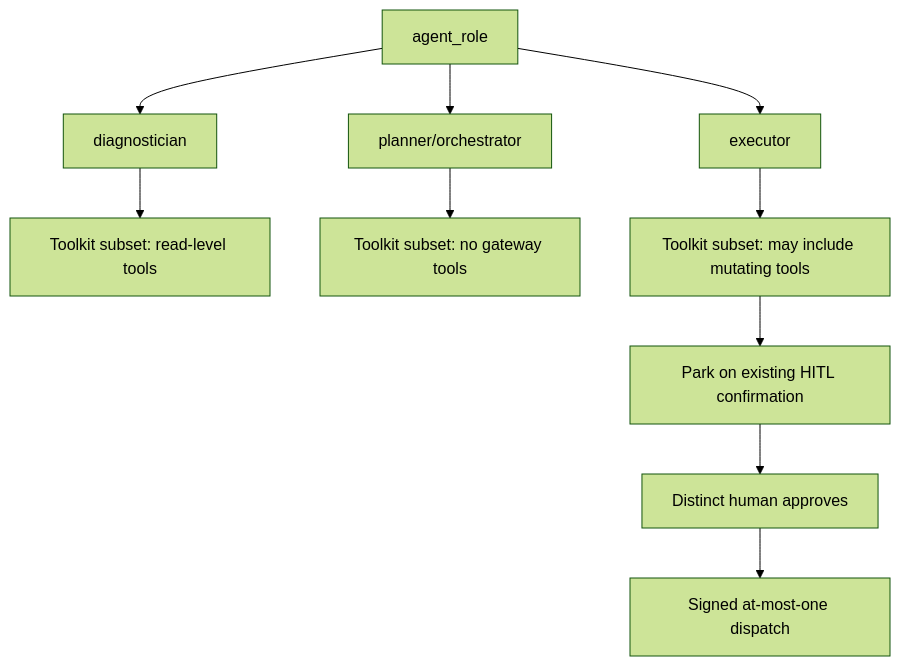
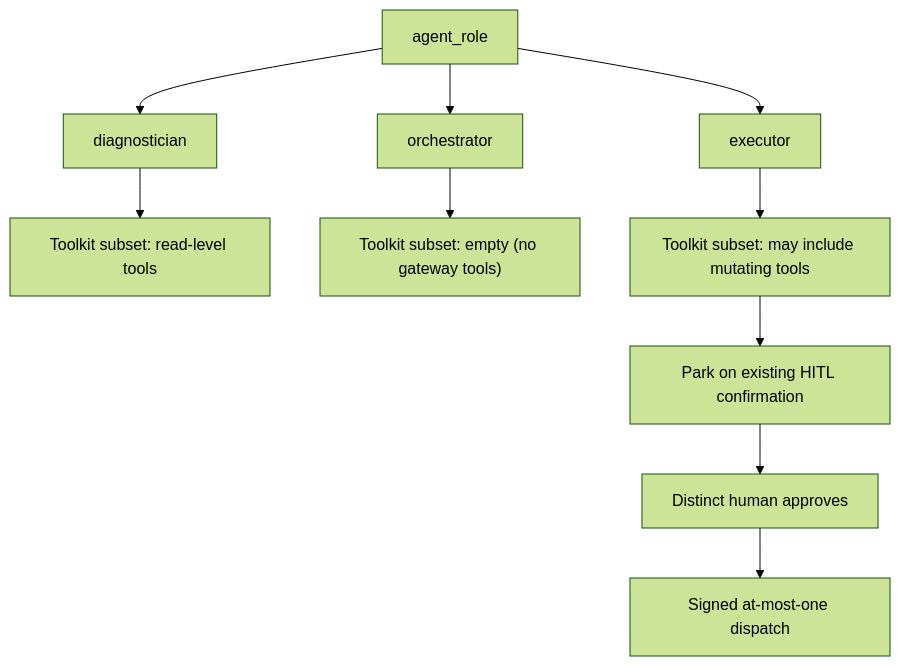
One commit to metasync/luban-aiops changed the sixth of 7 diagrams in .qoder/repowiki/en/content/Shared Contracts/SPEC-073_ Role-Scoped Agent Identity and Authority.md. Above: the diagram before and after it, drawn with Mermaid (forest theme). The commit also changed other lines of this file and 22 other files, not shown here.

````diff
--- a/.qoder/repowiki/en/content/Shared Contracts/SPEC-073_ Role-Scoped Agent Identity and Authority.md
+++ b/.qoder/repowiki/en/content/Shared Contracts/SPEC-073_ Role-Scoped Agent Identity and Authority.md
@@ -208,12 +272,12 @@
 ```mermaid
 flowchart TD
 Role["agent_role"] --> Diagnostician["diagnostician"]
-Role --> Planner["planner/orchestrator"]
+Role --> Orchestrator["orchestrator"]
 Role --> Executor["executor"]
 Diagnostician --> ToolkitD["Toolkit subset: read-level tools"]
-Planner --> ToolkitP["Toolkit subset: no gateway tools"]
+Orchestrator --> ToolkitO["Toolkit subset: empty (no gateway tools)"]
 Executor --> ToolkitE["Toolkit subset: may include mutating tools"]
 ToolkitE --> Park["Park on existing HITL confirmation"]
 Park --> Approve["Distinct human approves"]
 Approve --> Dispatch["Signed at-most-one dispatch"]
 ```
````
